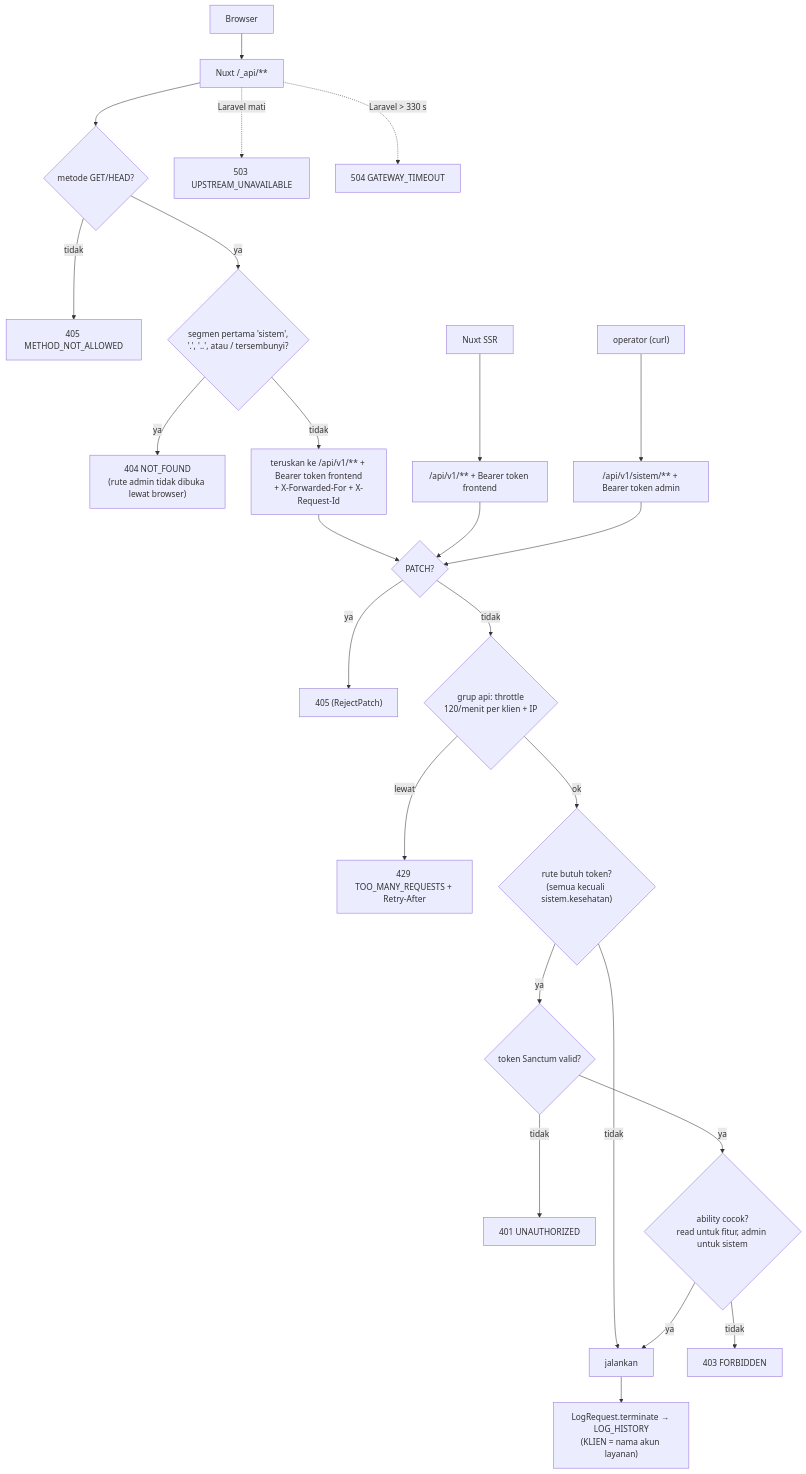
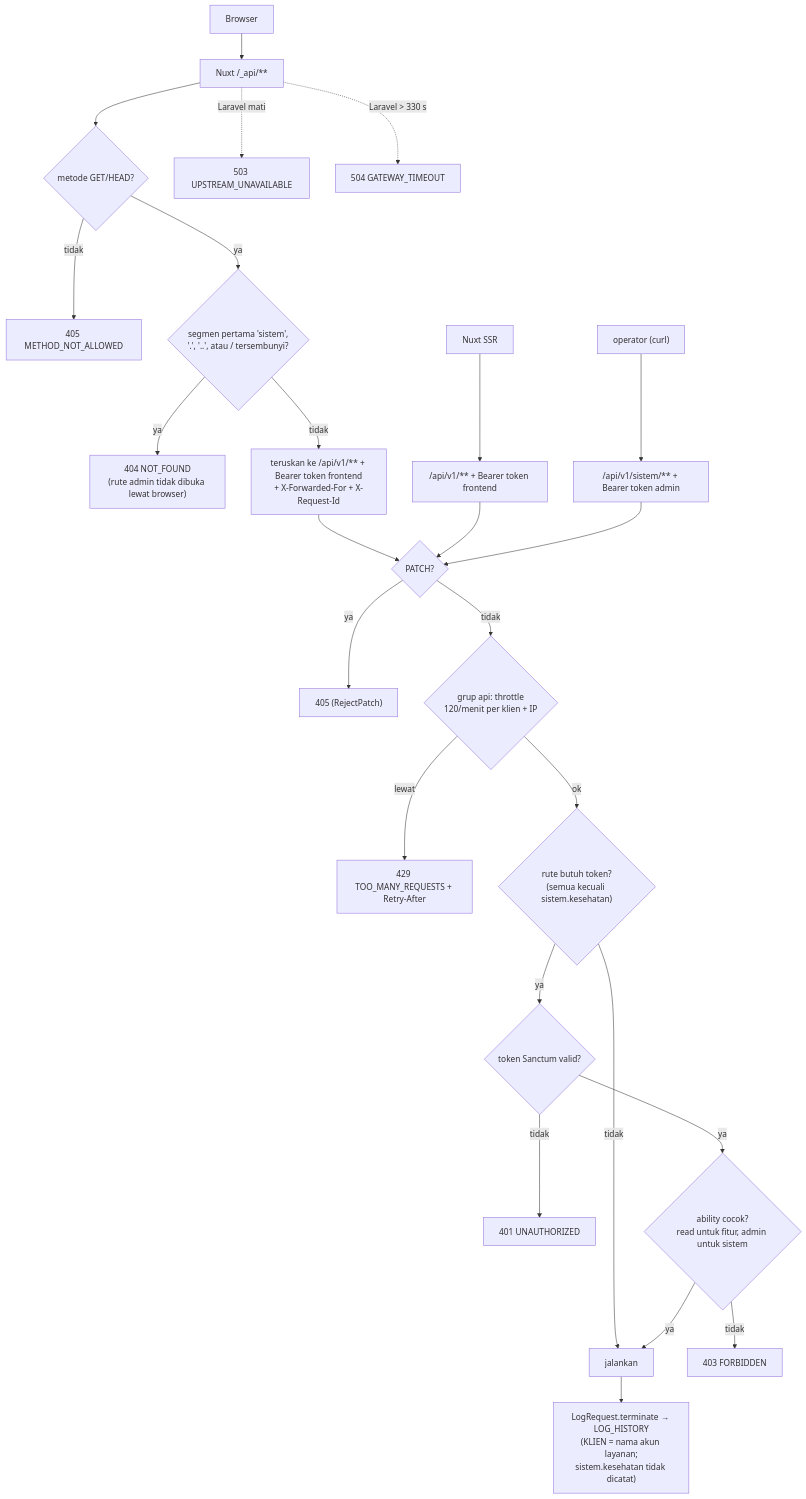
The diagram in port/docs/flowchart/autentikasi.md (RantAI-dev/DisparDataPlatform), drawn with Mermaid before and after one commit. The commit also changed other lines of this file and 30 other files, not shown here.

````diff
--- a/port/docs/flowchart/autentikasi.md
+++ b/port/docs/flowchart/autentikasi.md
@@ -16,25 +16,25 @@
 ```mermaid
 flowchart TD
     B["Browser"] --> PX["Nuxt /_api/**"]
     PX --> M{"metode GET/HEAD?"}
     M -- tidak --> E405["405 METHOD_NOT_ALLOWED"]
     M -- ya --> SG{"segmen pertama 'sistem',<br/>'.', '..', atau / tersembunyi?"}
     SG -- ya --> E404["404 NOT_FOUND<br/>(rute admin tidak dibuka lewat browser)"]
     SG -- tidak --> FW["teruskan ke /api/v1/** + Bearer token frontend<br/>+ X-Forwarded-For + X-Request-Id"]
     SSR["Nuxt SSR"] --> FW2["/api/v1/** + Bearer token frontend"]
     OP["operator (curl)"] --> FW3["/api/v1/sistem/** + Bearer token admin"]
     FW & FW2 & FW3 --> PATCH{"PATCH?"}
     PATCH -- ya --> E405b["405 (RejectPatch)"]
     PATCH -- tidak --> TH{"grup api: throttle<br/>120/menit per klien + IP"}
     TH -- lewat --> E429["429 TOO_MANY_REQUESTS + Retry-After"]
     TH -- ok --> AU{"rute butuh token?<br/>(semua kecuali sistem.kesehatan)"}
     AU -- tidak --> H["jalankan"]
     AU -- ya --> TK{"token Sanctum valid?"}
     TK -- tidak --> E401["401 UNAUTHORIZED"]
     TK -- ya --> AB{"ability cocok?<br/>read untuk fitur, admin untuk sistem"}
     AB -- tidak --> E403["403 FORBIDDEN"]
     AB -- ya --> H
-    H --> LOG["LogRequest.terminate → LOG_HISTORY<br/>(KLIEN = nama akun layanan)"]
+    H --> LOG["LogRequest.terminate → LOG_HISTORY<br/>(KLIEN = nama akun layanan;<br/>sistem.kesehatan tidak dicatat)"]
     PX -. "Laravel mati" .-> E503["503 UPSTREAM_UNAVAILABLE"]
     PX -. "Laravel > 330 s" .-> E504["504 GATEWAY_TIMEOUT"]
 ```
````
